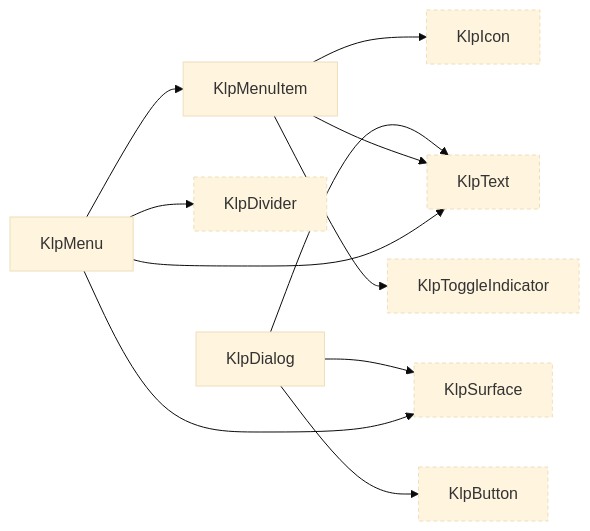
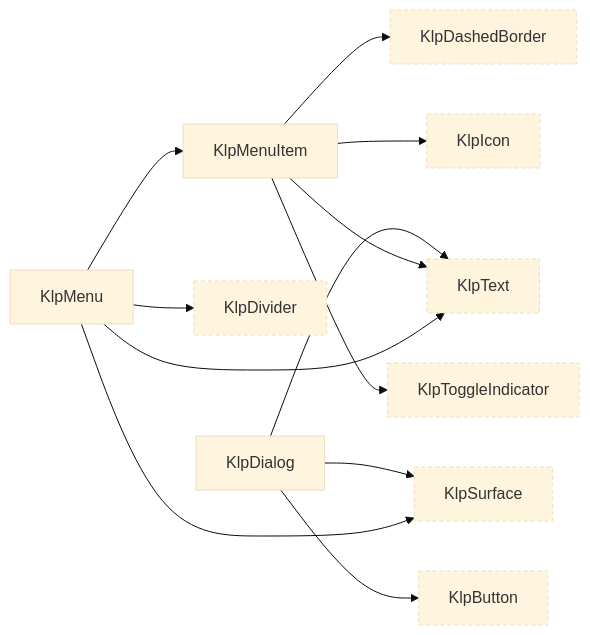
One commit to MiuDog/Kallopis changed the eighth of 16 diagrams in spec/component-inventory.md. Above: the diagram before and after it, drawn with Mermaid (base theme). The commit also changed other lines of this file and 17 other files, not shown here.

````diff
--- a/spec/component-inventory.md
+++ b/spec/component-inventory.md
@@ -353,23 +370,25 @@
 ```mermaid
 graph LR
   KlpButton["KlpButton"]:::external
+  KlpDashedBorder["KlpDashedBorder"]:::external
   KlpDialog["KlpDialog"]
   KlpDivider["KlpDivider"]:::external
   KlpIcon["KlpIcon"]:::external
   KlpMenu["KlpMenu"]
   KlpMenuItem["KlpMenuItem"]
   KlpSurface["KlpSurface"]:::external
   KlpText["KlpText"]:::external
   KlpToggleIndicator["KlpToggleIndicator"]:::external
   KlpDialog --> KlpButton
   KlpDialog --> KlpSurface
   KlpDialog --> KlpText
+  KlpMenuItem --> KlpDashedBorder
   KlpMenuItem --> KlpIcon
   KlpMenuItem --> KlpText
   KlpMenuItem --> KlpToggleIndicator
   KlpMenu --> KlpDivider
   KlpMenu --> KlpMenuItem
   KlpMenu --> KlpSurface
   KlpMenu --> KlpText
   classDef external stroke-dasharray: 4 3;
 ```
````
